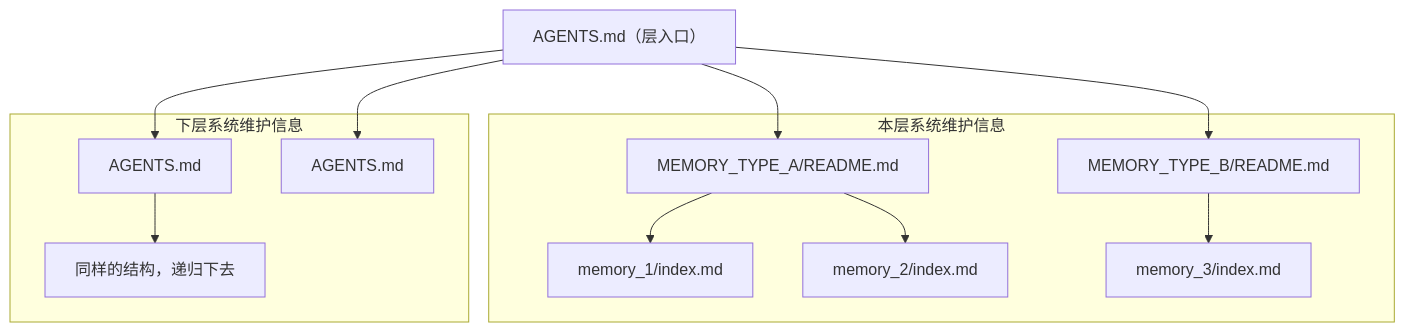
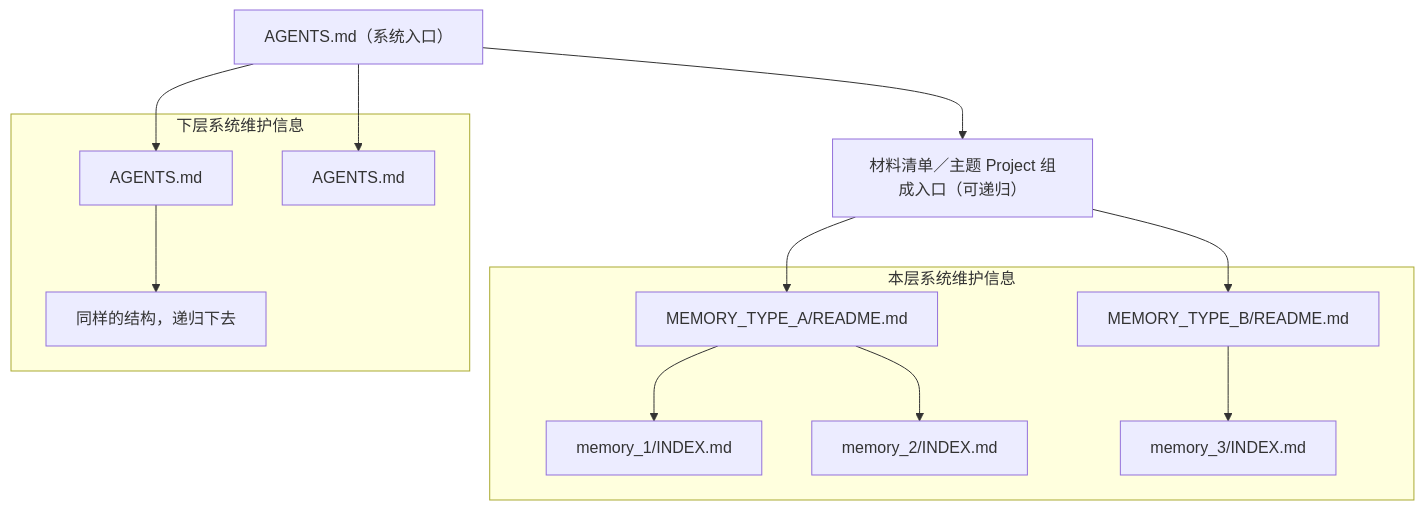
Before and after one commit to VirusPC/edges: the diagram in packages/skills/edges/references/memory/references/PROTOCOL.md, drawn with Mermaid. The commit also changed other lines of this file and 11 other files, not shown here.

Commit message:
docs: align memory skills with recursive project ownership

````diff
--- a/packages/skills/edges/references/memory/references/PROTOCOL.md
+++ b/packages/skills/edges/references/memory/references/PROTOCOL.md
@@ -5,27 +5,29 @@
 ```mermaid
 flowchart TD
-    Root["AGENTS.md（层入口）"]
+    Root["AGENTS.md（系统入口）"]
+    Materials["材料清单／主题 Project 组成入口（可递归）"]
 
     subgraph localMem [本层系统维护信息]
         EntryA["MEMORY_TYPE_A/README.md"]
         EntryB["MEMORY_TYPE_B/README.md"]
-        MemA1["memory_1/index.md"]
-        MemA2["memory_2/index.md"]
-        MemB1["memory_3/index.md"]
+        MemA1["memory_1/INDEX.md"]
+        MemA2["memory_2/INDEX.md"]
+        MemB1["memory_3/INDEX.md"]
         EntryA --> MemA1
         EntryA --> MemA2
         EntryB --> MemB1
     end
 
     subgraph children [下层系统维护信息]
         Sub1["AGENTS.md"]
         Sub2["AGENTS.md"]
         Dots["同样的结构，递归下去"]
         Sub1 --> Dots
     end
 
-    Root --> EntryA
-    Root --> EntryB
+    Root --> Materials
+    Materials --> EntryA
+    Materials --> EntryB
     Root --> Sub1
     Root --> Sub2
 ```
````
